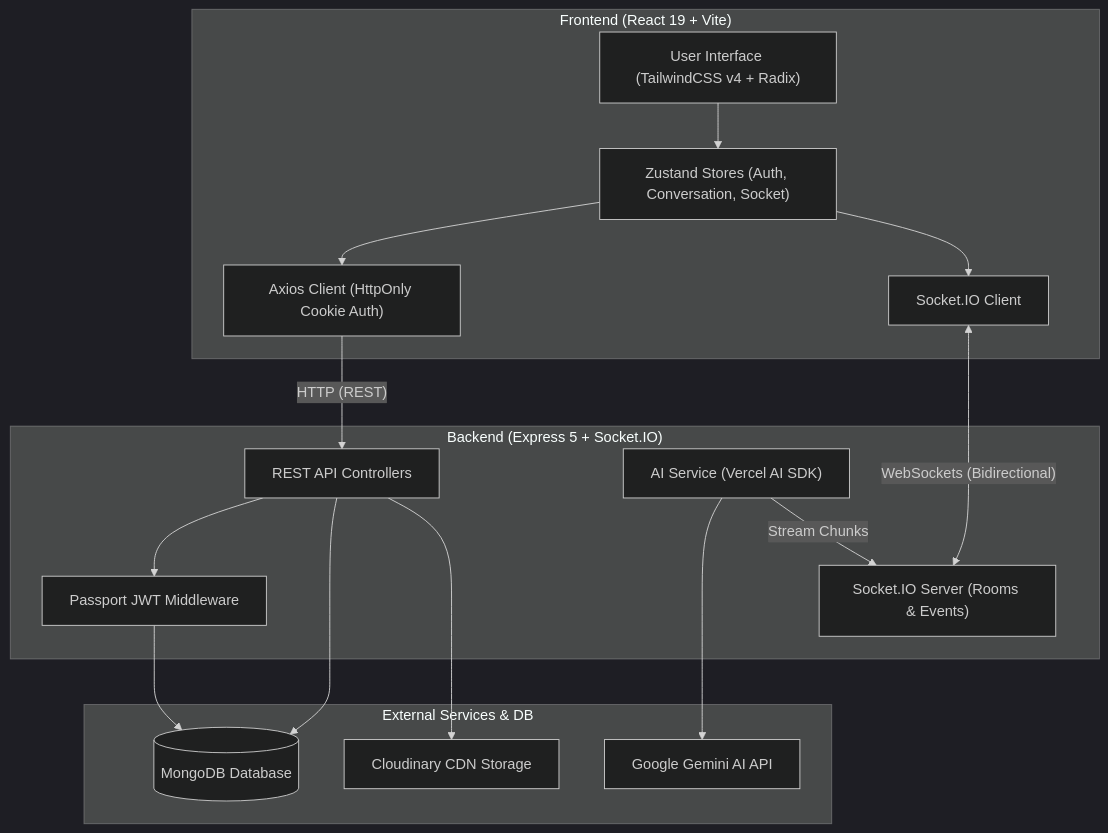
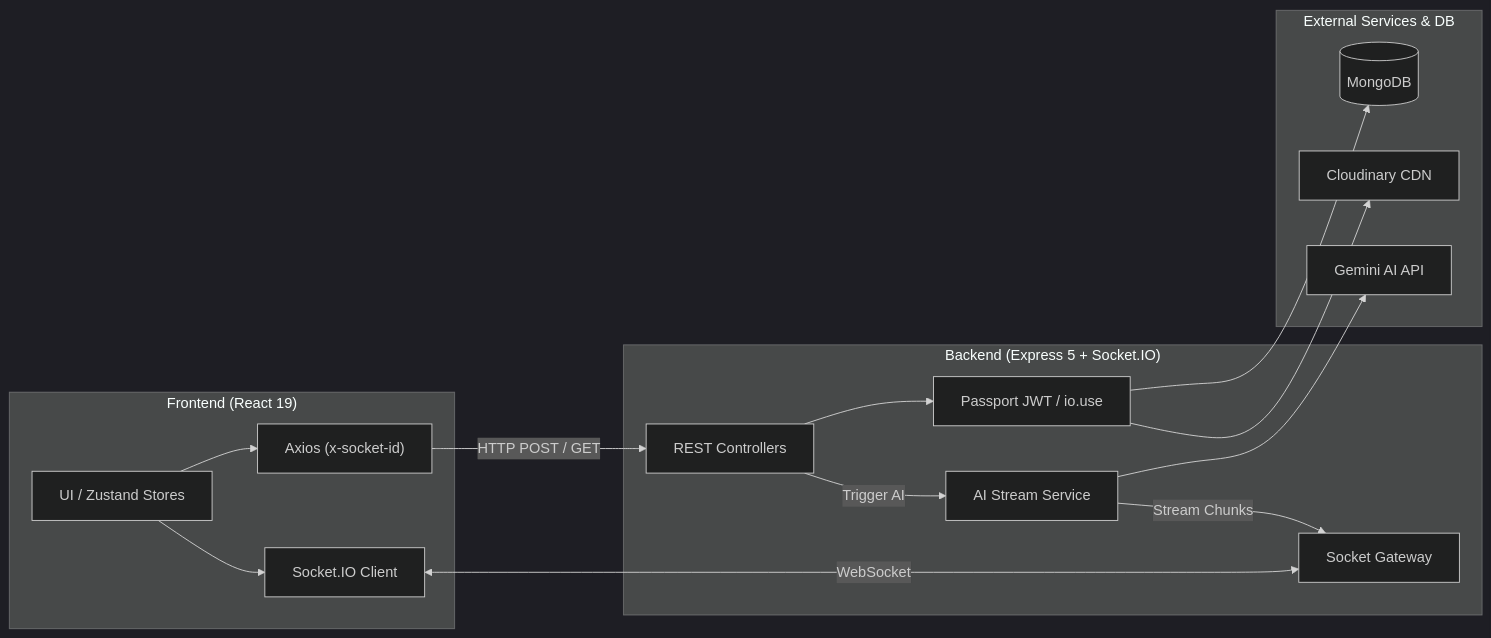
One commit to DucCuong159/Realtime-chatapp changed the diagram in README.md. Above: the diagram before and after it, drawn with Mermaid (dark theme). The commit also changed other lines of this file and 2 other files, not shown here.

````diff
--- a/README.md
+++ b/README.md
@@ -105,36 +57,29 @@
 ```mermaid
-flowchart TD
-    subgraph Client["Frontend (React 19 + Vite)"]
-        UI["User Interface (TailwindCSS v4 + Radix)"]
-        Zustand["Zustand Stores (Auth, Conversation, Socket)"]
-        Axios["Axios Client (HttpOnly Cookie Auth)"]
-        SocketClient["Socket.IO Client"]
+flowchart LR
+    subgraph Client["Frontend (React 19)"]
+        UI["UI / Zustand Stores"]
+        Axios["Axios (x-socket-id)"]
+        SocketC["Socket.IO Client"]
     end
 
     subgraph Server["Backend (Express 5 + Socket.IO)"]
-        AuthMid["Passport JWT Middleware"]
-        REST["REST API Controllers"]
-        SocketServer["Socket.IO Server (Rooms & Events)"]
-        AIService["AI Service (Vercel AI SDK)"]
+        Auth["Passport JWT / io.use"]
+        REST["REST Controllers"]
+        SocketS["Socket Gateway"]
+        AISvc["AI Stream Service"]
     end
 
-    subgraph External["External Services & DB"]
-        MongoDB[("MongoDB Database")]
-        Gemini["Google Gemini AI API"]
-        Cloudinary["Cloudinary CDN Storage"]
+    subgraph Infra["External Services & DB"]
+        DB[("MongoDB")]
+        Gemini["Gemini AI API"]
+        Cloud["Cloudinary CDN"]
     end
 
-    UI --> Zustand
-    Zustand --> Axios
-    Zustand --> SocketClient
-
-    Axios -->|"HTTP (REST)"| REST
-    SocketClient <-->|"WebSockets (Bidirectional)"| SocketServer
-
-    REST --> AuthMid
-    AuthMid --> MongoDB
-    REST --> MongoDB
-    REST --> Cloudinary
-    AIService --> Gemini
-    AIService -->|"Stream Chunks"| SocketServer
+    UI --> Axios & SocketC
+    Axios -->|"HTTP POST / GET"| REST
+    SocketC <-->|"WebSocket"| SocketS
+    REST --> Auth --> DB & Cloud
+    REST -->|"Trigger AI"| AISvc
+    AISvc --> Gemini
+    AISvc -->|"Stream Chunks"| SocketS
 ```
````
